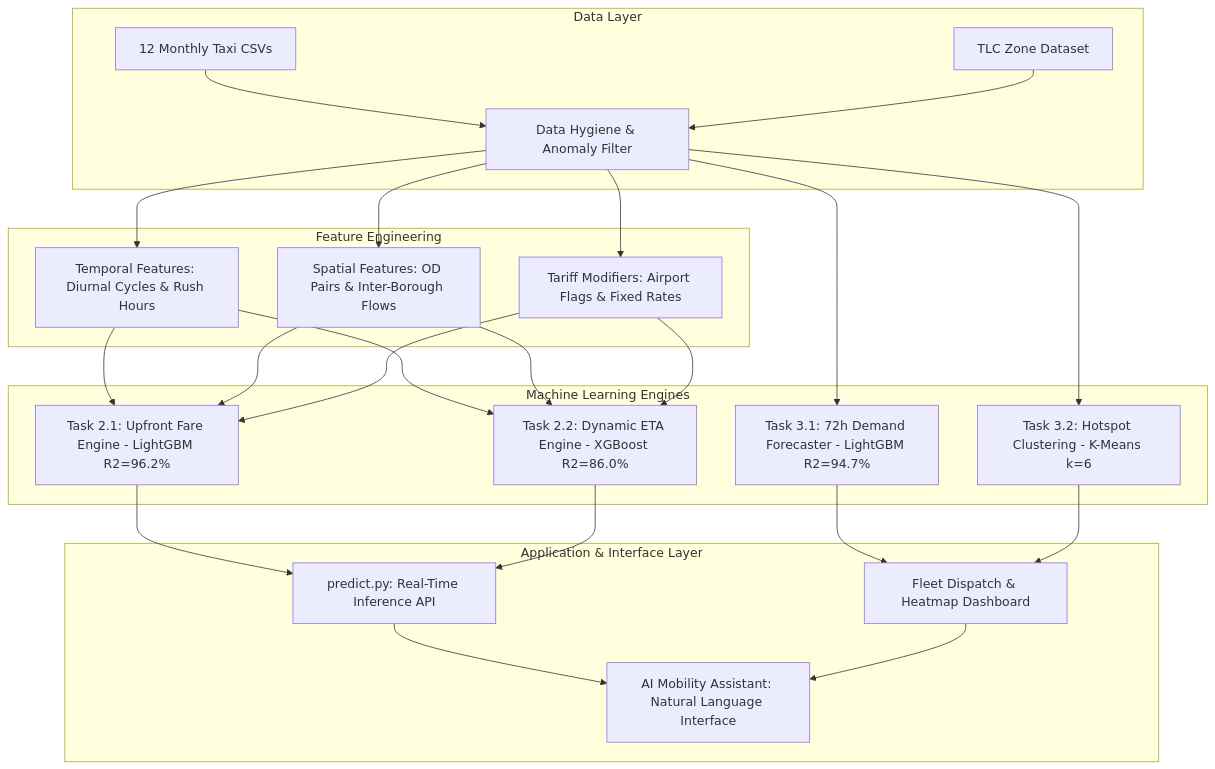
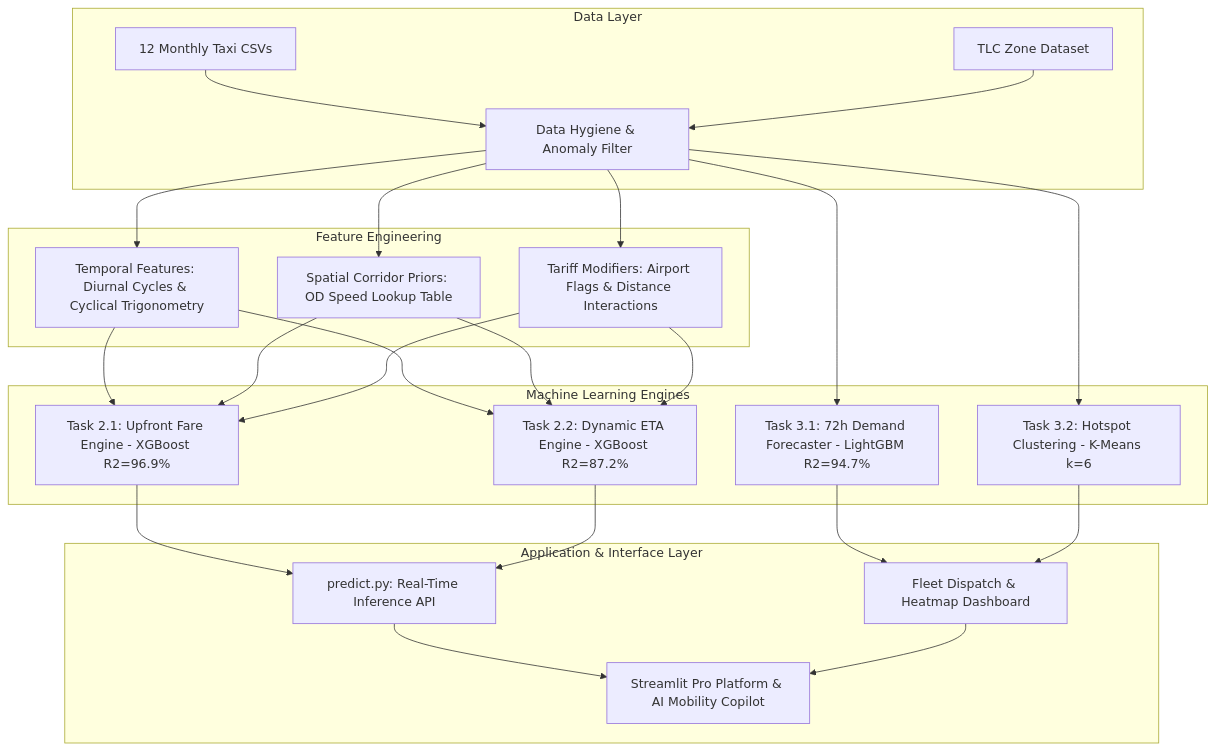
One commit to aradhya534/codefest_datathon changed the diagram in TECHNICAL_REPORT.md. Above: the diagram before and after it, drawn with Mermaid. The commit also changed other lines of this file and 20 other files, not shown here.

````diff
--- a/TECHNICAL_REPORT.md
+++ b/TECHNICAL_REPORT.md
@@ -38,26 +38,26 @@
 ```mermaid
 graph TD
     subgraph Data Layer
         A[12 Monthly Taxi CSVs] --> C[Data Hygiene & Anomaly Filter]
         B[TLC Zone Dataset] --> C
     end
 
     subgraph Feature Engineering
-        C --> D[Temporal Features: Diurnal Cycles & Rush Hours]
-        C --> E[Spatial Features: OD Pairs & Inter-Borough Flows]
-        C --> F[Tariff Modifiers: Airport Flags & Fixed Rates]
+        C --> D[Temporal Features: Diurnal Cycles & Cyclical Trigonometry]
+        C --> E[Spatial Corridor Priors: OD Speed Lookup Table]
+        C --> F[Tariff Modifiers: Airport Flags & Distance Interactions]
     end
 
     subgraph Machine Learning Engines
-        D & E & F --> G[Task 2.1: Upfront Fare Engine - LightGBM R2=96.2%]
-        D & E & F --> H[Task 2.2: Dynamic ETA Engine - XGBoost R2=86.0%]
+        D & E & F --> G[Task 2.1: Upfront Fare Engine - XGBoost R2=96.9%]
+        D & E & F --> H[Task 2.2: Dynamic ETA Engine - XGBoost R2=87.2%]
         C --> I[Task 3.1: 72h Demand Forecaster - LightGBM R2=94.7%]
         C --> J[Task 3.2: Hotspot Clustering - K-Means k=6]
     end
 
     subgraph Application & Interface Layer
         G & H --> K[predict.py: Real-Time Inference API]
         I & J --> L[Fleet Dispatch & Heatmap Dashboard]
-        K & L --> M[AI Mobility Assistant: Natural Language Interface]
+        K & L --> M[Streamlit Pro Platform & AI Mobility Copilot]
     end
 ```
````
